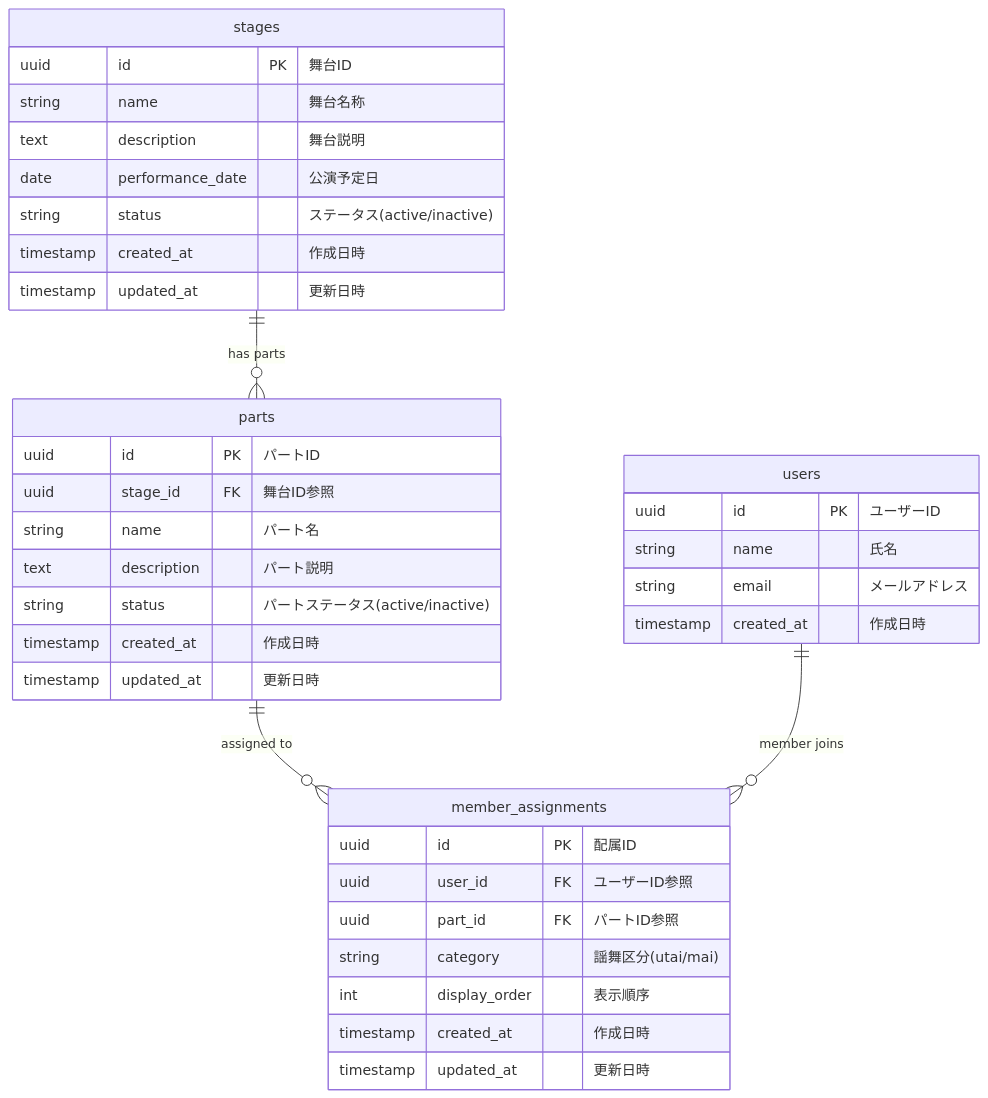
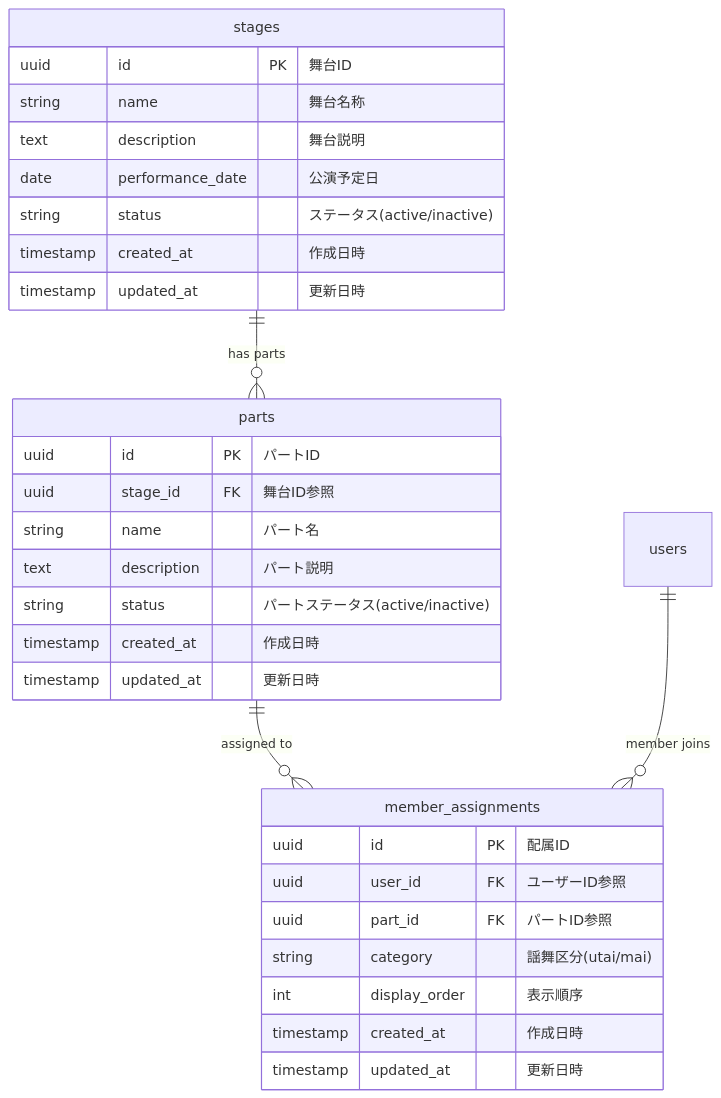
The diagram in tickets/phase_1/backend/BACK-DB-001/BACK-DB-001.2/README.md (NowatariSoma/tomosigoto_nou_system), drawn with Mermaid before and after one commit.

````diff
--- a/tickets/phase_1/backend/BACK-DB-001/BACK-DB-001.2/README.md
+++ b/tickets/phase_1/backend/BACK-DB-001/BACK-DB-001.2/README.md
@@ -62,43 +62,36 @@
 ```mermaid
 erDiagram
     stages ||--o{ parts : "has parts"
     parts ||--o{ member_assignments : "assigned to"
     users ||--o{ member_assignments : "member joins"
     
     stages {
         uuid id PK "舞台ID"
         string name "舞台名称"
         text description "舞台説明"
         date performance_date "公演予定日"
         string status "ステータス(active/inactive)"
         timestamp created_at "作成日時"
         timestamp updated_at "更新日時"
     }
     
     parts {
         uuid id PK "パートID"
         uuid stage_id FK "舞台ID参照"
         string name "パート名"
         text description "パート説明"
         string status "パートステータス(active/inactive)"
         timestamp created_at "作成日時"
         timestamp updated_at "更新日時"
     }
     
-    users {
-        uuid id PK "ユーザーID"
-        string name "氏名"
-        string email "メールアドレス"
-        timestamp created_at "作成日時"
-    }
-    
     member_assignments {
         uuid id PK "配属ID"
         uuid user_id FK "ユーザーID参照"
         uuid part_id FK "パートID参照"
         string category "謡舞区分(utai/mai)"
         int display_order "表示順序"
         timestamp created_at "作成日時"
         timestamp updated_at "更新日時"
     }
 ```
````
